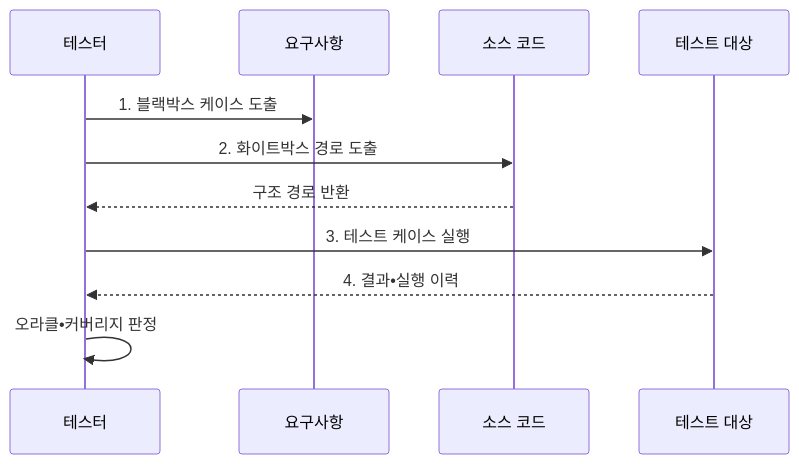
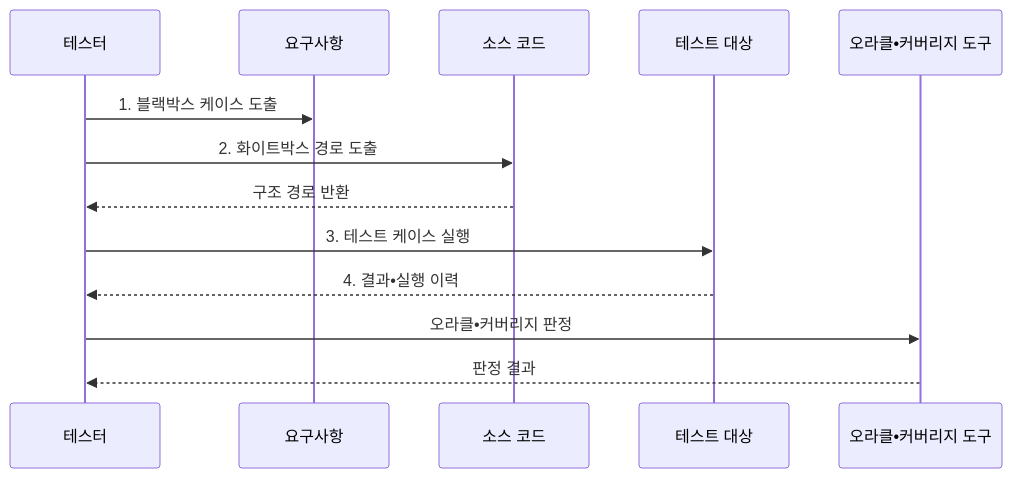
One commit to agnusdei1207/knowledge-base changed the second of 2 diagrams in src/content/docs/notes/03-software/060_whitebox_blackbox_testing.md. Above: the diagram before and after it, drawn with Mermaid. The commit also changed other lines of this file and 10 other files, not shown here.

````diff
--- a/src/content/docs/notes/03-software/060_whitebox_blackbox_testing.md
+++ b/src/content/docs/notes/03-software/060_whitebox_blackbox_testing.md
@@ -105,13 +105,15 @@
 ```mermaid
 sequenceDiagram
     participant T as 테스터
     participant R as 요구사항
     participant C as 소스 코드
     participant S as 테스트 대상
+    participant O as 오라클•커버리지 도구
     T->>R: 1. 블랙박스 케이스 도출
     T->>C: 2. 화이트박스 경로 도출
     C-->>T: 구조 경로 반환
     T->>S: 3. 테스트 케이스 실행
     S-->>T: 4. 결과•실행 이력
-    T->>T: 오라클•커버리지 판정
+    T->>O: 오라클•커버리지 판정
+    O-->>T: 판정 결과
 ```
````
